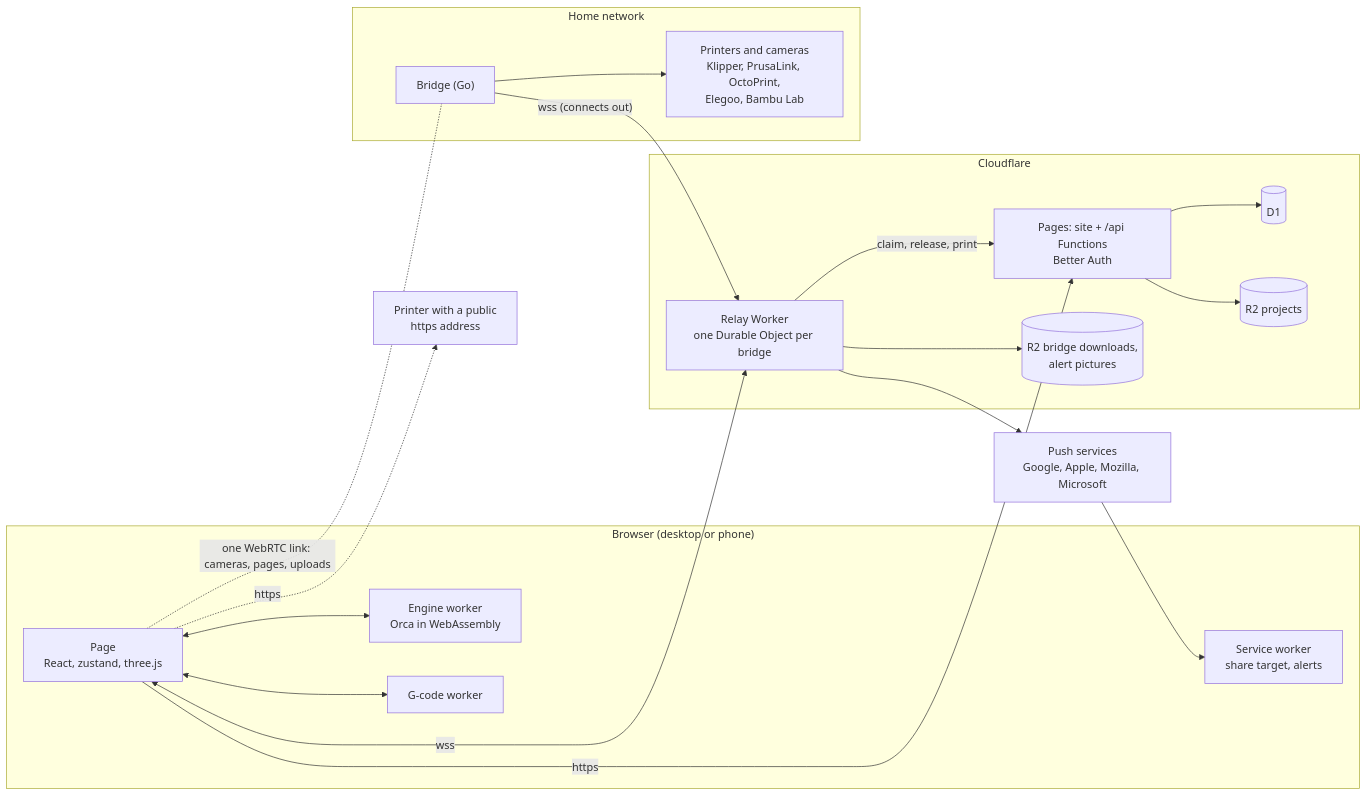
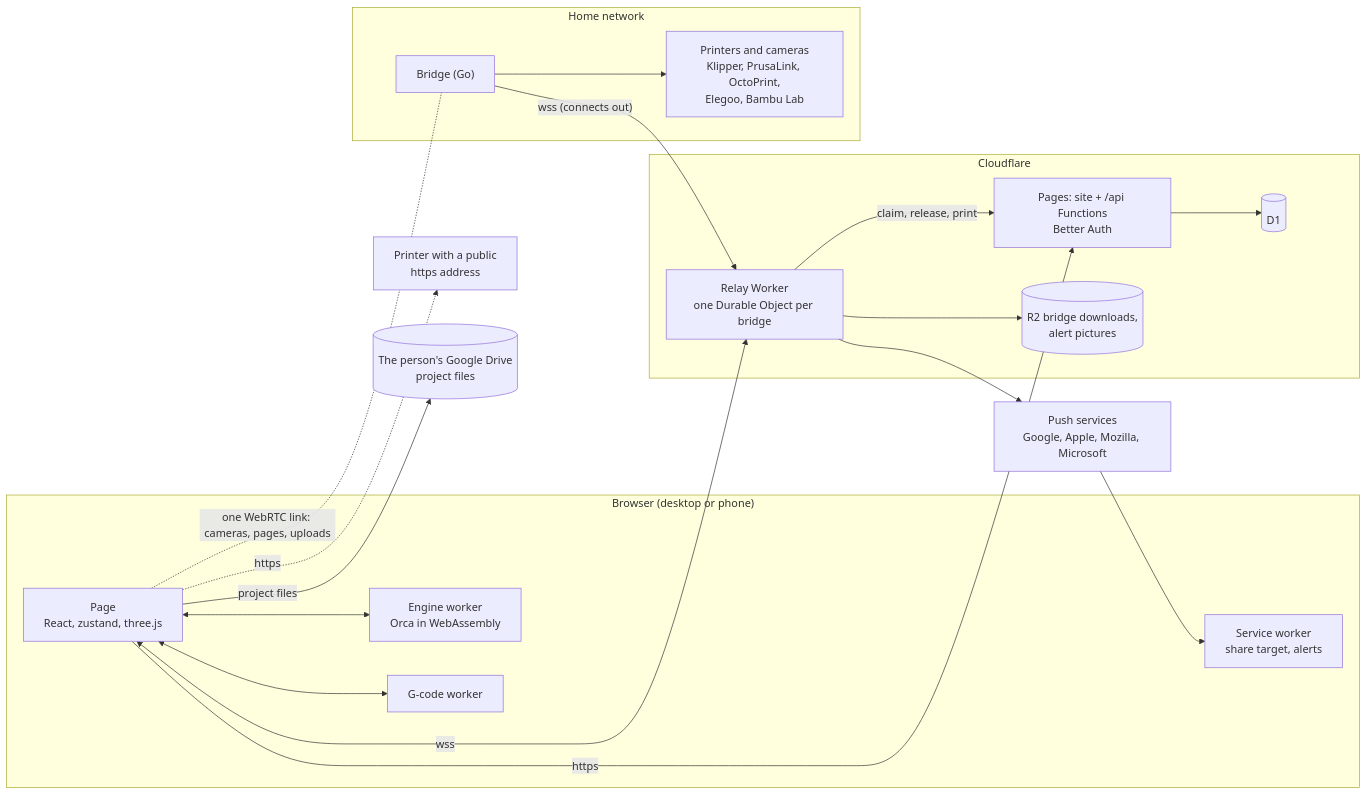
The diagram in docs/ARCHITECTURE.md (nissy34/cloud-slicer), drawn with Mermaid before and after one commit. The commit also changed other lines of this file and 31 other files, not shown here.

First line of the commit message:
Projects only in Google Drive: no project storage of our own

````diff
--- a/docs/ARCHITECTURE.md
+++ b/docs/ARCHITECTURE.md
@@ -22,36 +23,36 @@
 ```mermaid
 flowchart LR
   subgraph B["Browser (desktop or phone)"]
     page["Page<br/>React, zustand, three.js"]
     eng["Engine worker<br/>Orca in WebAssembly"]
     gw["G-code worker"]
     sw["Service worker<br/>share target, alerts"]
   end
   subgraph CF["Cloudflare"]
     pages["Pages: site + /api Functions<br/>Better Auth"]
     d1[("D1")]
-    r2p[("R2 projects")]
     relay["Relay Worker<br/>one Durable Object per bridge"]
     r2b[("R2 bridge downloads,<br/>alert pictures")]
   end
   subgraph H["Home network"]
     bridge["Bridge (Go)"]
     printers["Printers and cameras<br/>Klipper, PrusaLink, OctoPrint,<br/>Elegoo, Bambu Lab"]
   end
   push["Push services<br/>Google, Apple, Mozilla, Microsoft"]
   direct["Printer with a public<br/>https address"]
+  gdrive[("The person's Google Drive<br/>project files")]
 
   page <--> eng
   page <--> gw
   page -- https --> pages
   pages --> d1
-  pages --> r2p
+  page -- "project files" --> gdrive
   page <-- wss --> relay
   bridge -- "wss (connects out)" --> relay
   relay --> r2b
   relay -- "claim, release, print" --> pages
   bridge --> printers
   page -. "one WebRTC link: cameras, pages, uploads" .- bridge
   page -. https .-> direct
   relay --> push --> sw
 ```
````
